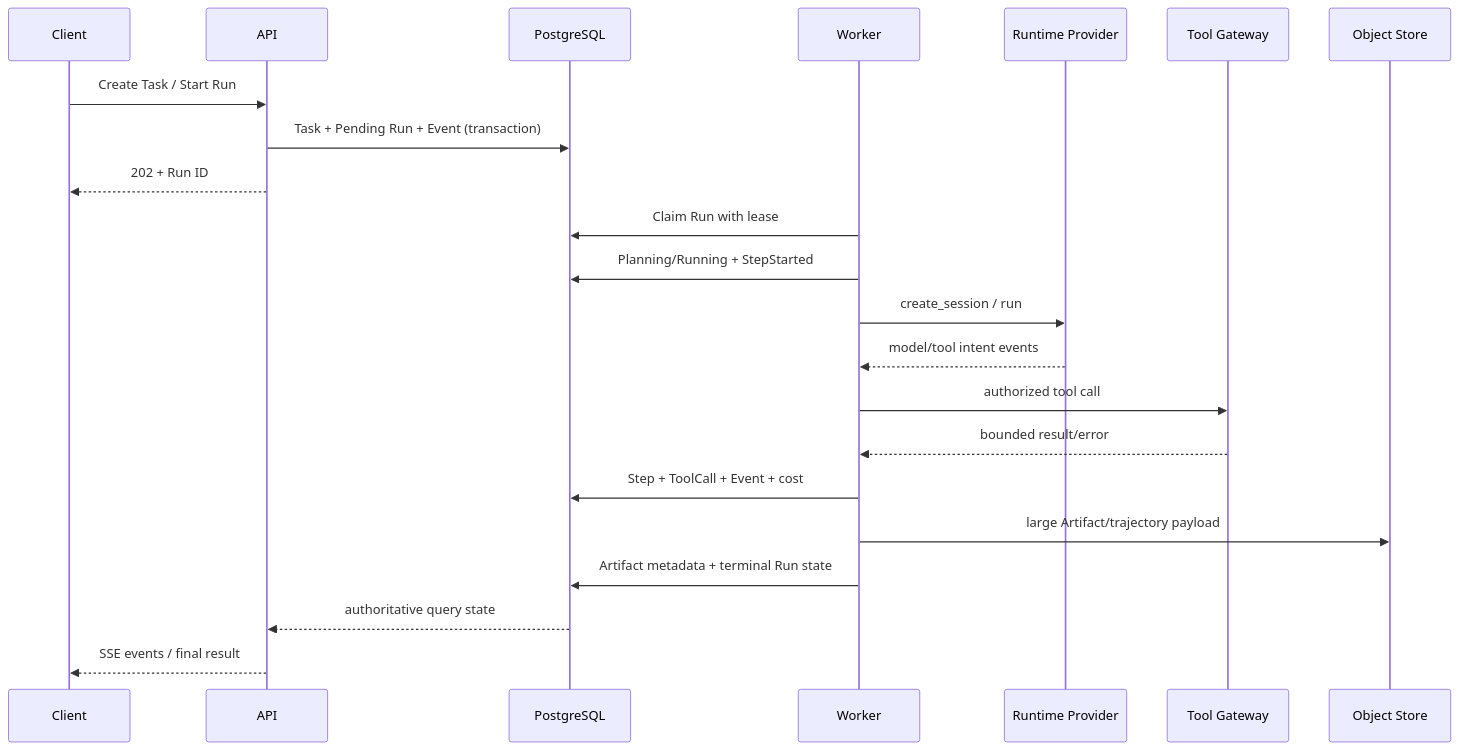
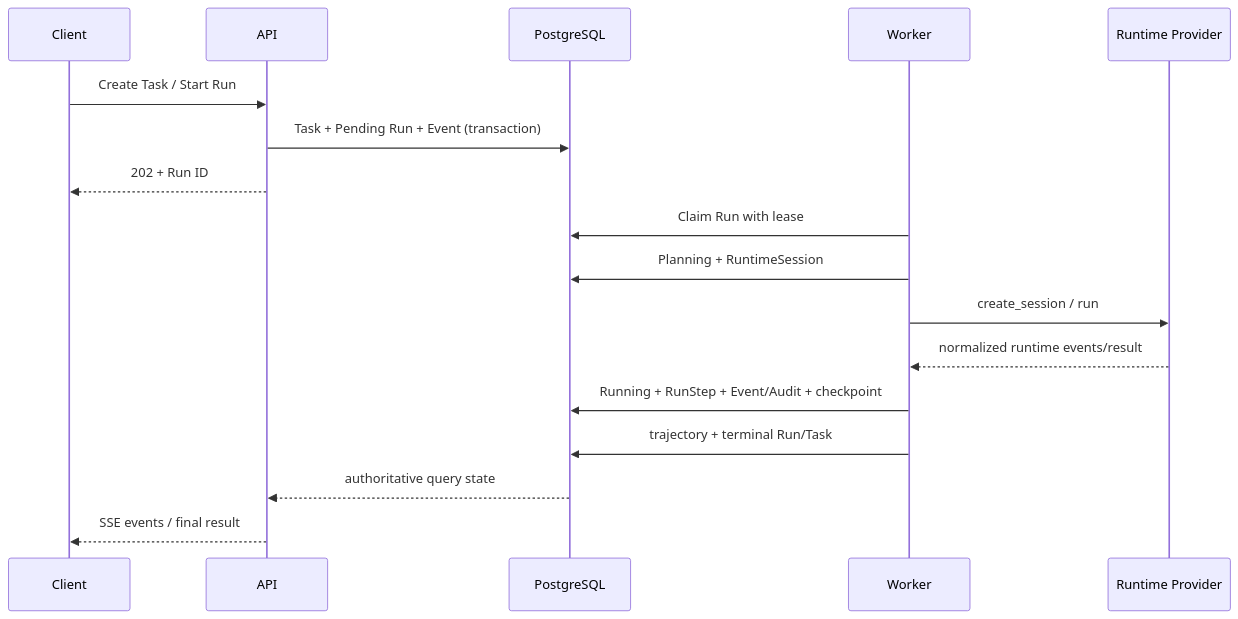
Before and after one commit to Phlosy/Nico-agent: the second of 2 diagrams in docs/architecture.md, drawn with Mermaid. The commit also changed other lines of this file and 16 other files, not shown here.

Commit message:
docs(goal-d): verify runtime boundary and hand off tool work

````diff
--- a/docs/architecture.md
+++ b/docs/architecture.md
@@ -78,25 +78,20 @@
 ```mermaid
 sequenceDiagram
     participant C as Client
     participant A as API
     participant D as PostgreSQL
     participant W as Worker
     participant R as Runtime Provider
-    participant T as Tool Gateway
-    participant O as Object Store
 
     C->>A: Create Task / Start Run
     A->>D: Task + Pending Run + Event (transaction)
     A-->>C: 202 + Run ID
     W->>D: Claim Run with lease
-    W->>D: Planning/Running + StepStarted
+    W->>D: Planning + RuntimeSession
     W->>R: create_session / run
-    R-->>W: model/tool intent events
-    W->>T: authorized tool call
-    T-->>W: bounded result/error
-    W->>D: Step + ToolCall + Event + cost
-    W->>O: large Artifact/trajectory payload
-    W->>D: Artifact metadata + terminal Run state
+    R-->>W: normalized runtime events/result
+    W->>D: Running + RunStep + Event/Audit + checkpoint
+    W->>D: trajectory + terminal Run/Task
     D-->>A: authoritative query state
     A-->>C: SSE events / final result
 ```
````
